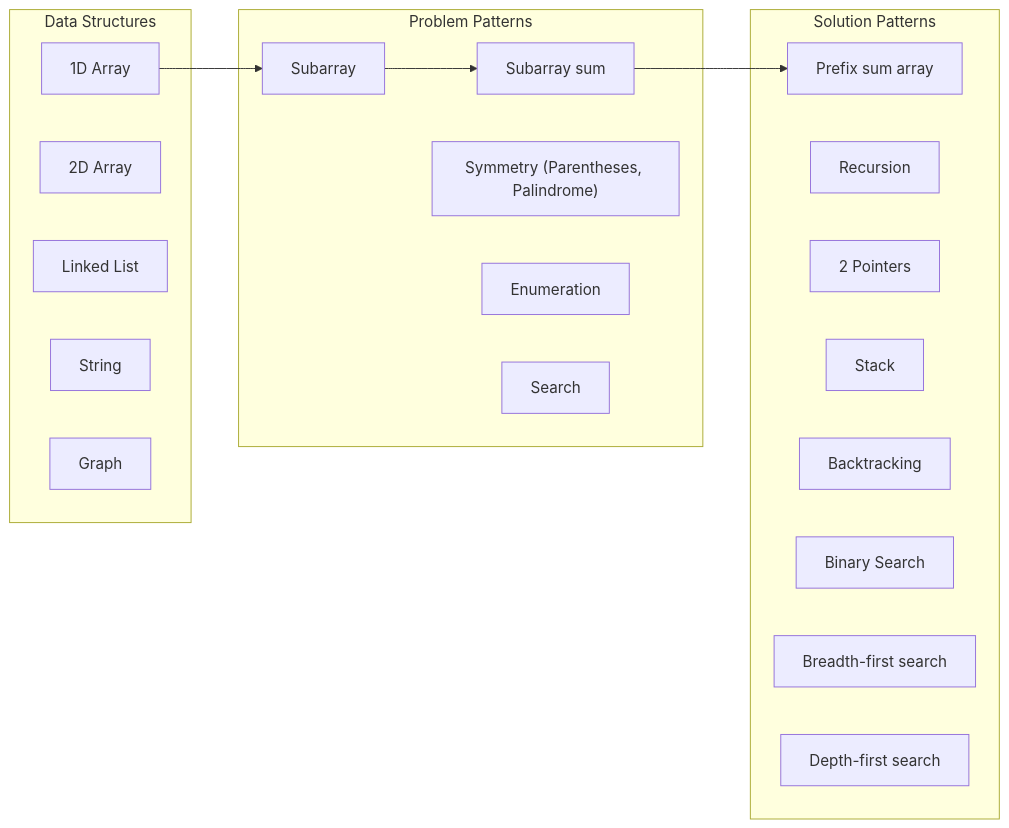
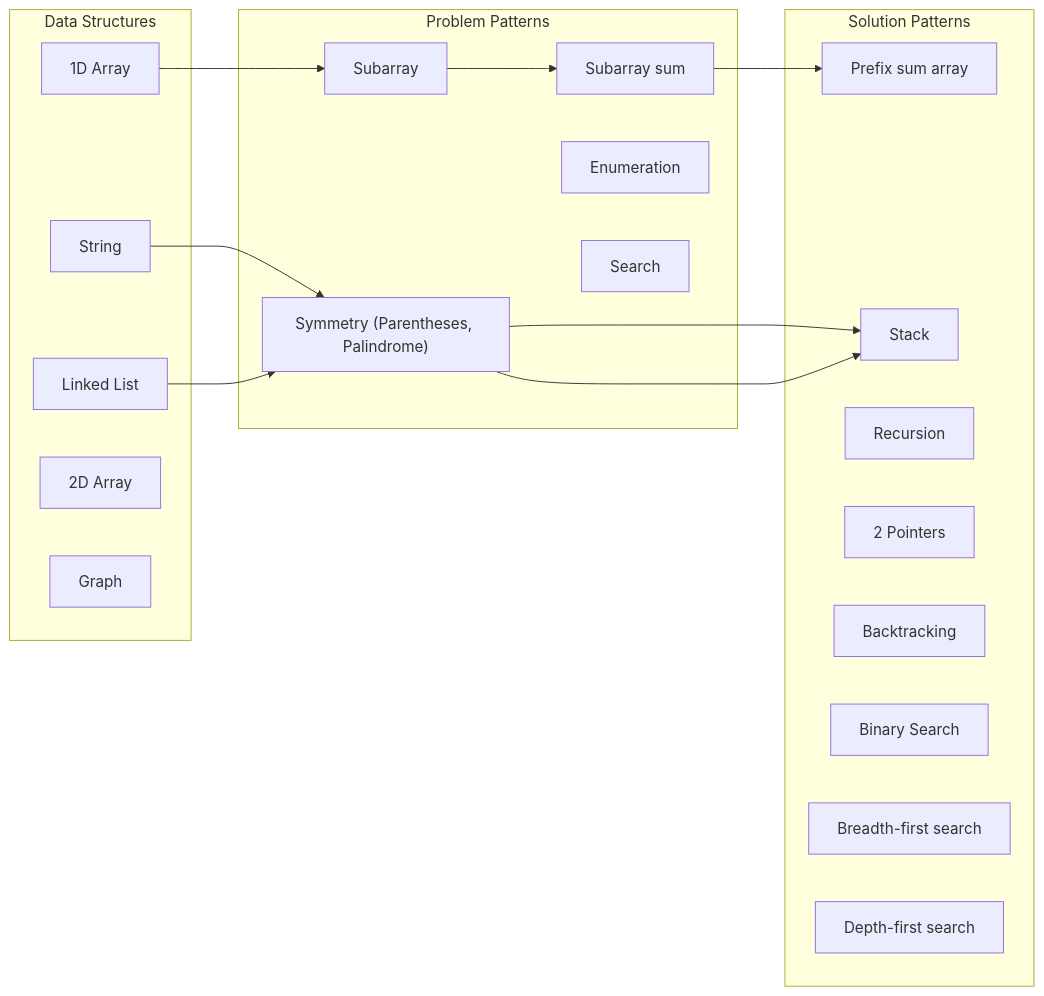
Before and after one commit to wuyichen24/coding-interview: the diagram in README.md, drawn with Mermaid.

````diff
--- a/README.md
+++ b/README.md
@@ -103,30 +103,32 @@
 ```mermaid
 flowchart LR
    1DA-->SA-->SMS-->PSA
+   ST-->SY-->SK
+   LL-->SY-->SK
 
    subgraph datastructureSG ["Data Structures"]
       1DA["1D Array"]
       2DA["2D Array"]
       LL["Linked List"]
       ST["String"] 
       GP["Graph"]
    end
 
    subgraph problemSG ["Problem Patterns"]
       SA["Subarray"]
       SMS["Subarray sum"]
       SY["Symmetry (Parentheses, Palindrome)"]
       EN["Enumeration"]
       SC["Search"]
    end
    subgraph solutionSG [Solution Patterns]
       PSA["Prefix sum array"]
       RC["Recursion"]
       2P["2 Pointers"]
       SK["Stack"]
       BT["Backtracking"]
       BS["Binary Search"]
       BFS["Breadth-first search"]
       DFS["Depth-first search"]
    end
 ```
````
